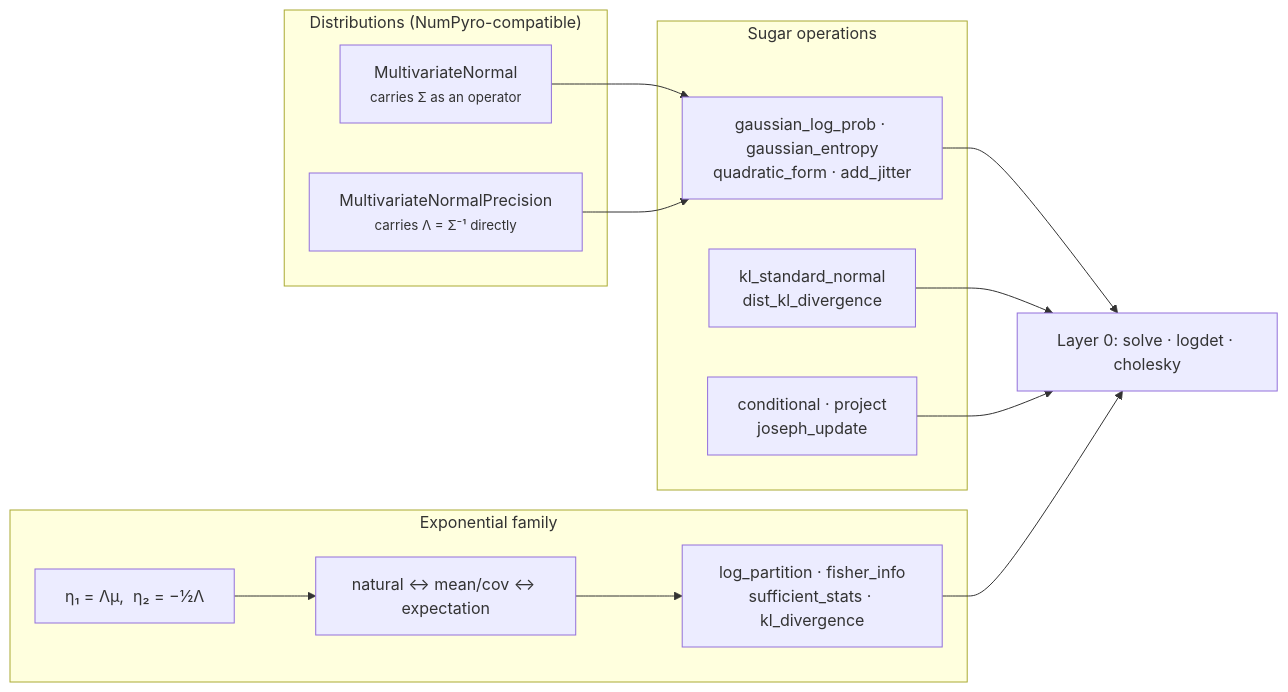
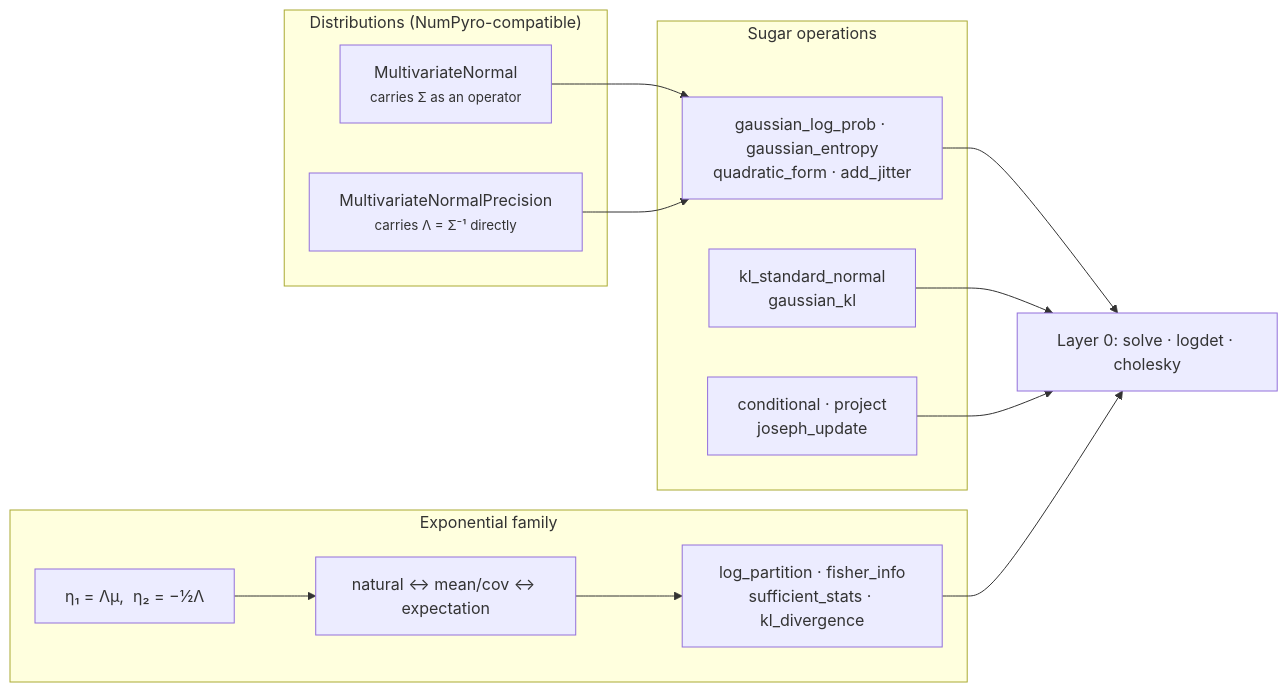
Before and after one commit to jejjohnson/gaussx: the fifth of 7 diagrams in docs/architecture.md, drawn with Mermaid. The commit also changed other lines of this file and 74 other files, not shown here.

````diff
--- a/docs/architecture.md
+++ b/docs/architecture.md
@@ -329,26 +329,26 @@
 ```mermaid
 flowchart LR
     subgraph DISTS["Distributions (NumPyro-compatible)"]
         MVN["MultivariateNormal<br/><small>carries Σ as an operator</small>"]
         MVNP["MultivariateNormalPrecision<br/><small>carries Λ = Σ⁻¹ directly</small>"]
     end
 
     subgraph OPSUGAR["Sugar operations"]
         LP["gaussian_log_prob · gaussian_entropy<br/>quadratic_form · add_jitter"]
-        KL["kl_standard_normal<br/>dist_kl_divergence"]
+        KL["kl_standard_normal<br/>gaussian_kl"]
         COND["conditional · project<br/>joseph_update"]
     end
 
     subgraph EFAM["Exponential family"]
         NAT["η₁ = Λμ,&nbsp; η₂ = −½Λ"]
         CONV["natural ↔ mean/cov ↔ expectation"]
         FISH["log_partition · fisher_info<br/>sufficient_stats · kl_divergence"]
     end
 
     MVN --> LP
     MVNP --> LP
     LP --> P0["Layer 0: solve · logdet · cholesky"]
     KL --> P0
     COND --> P0
     NAT --> CONV --> FISH --> P0
 ```
````
